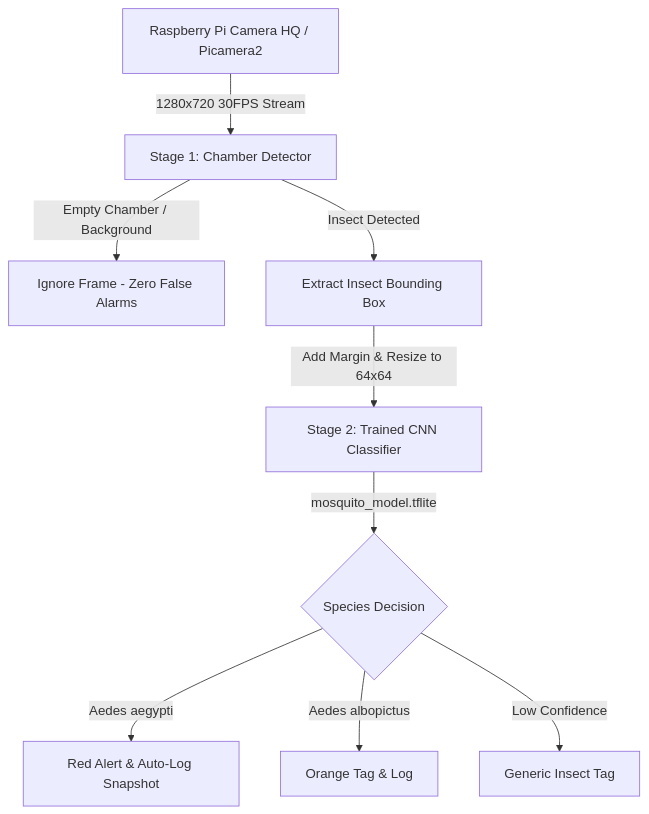
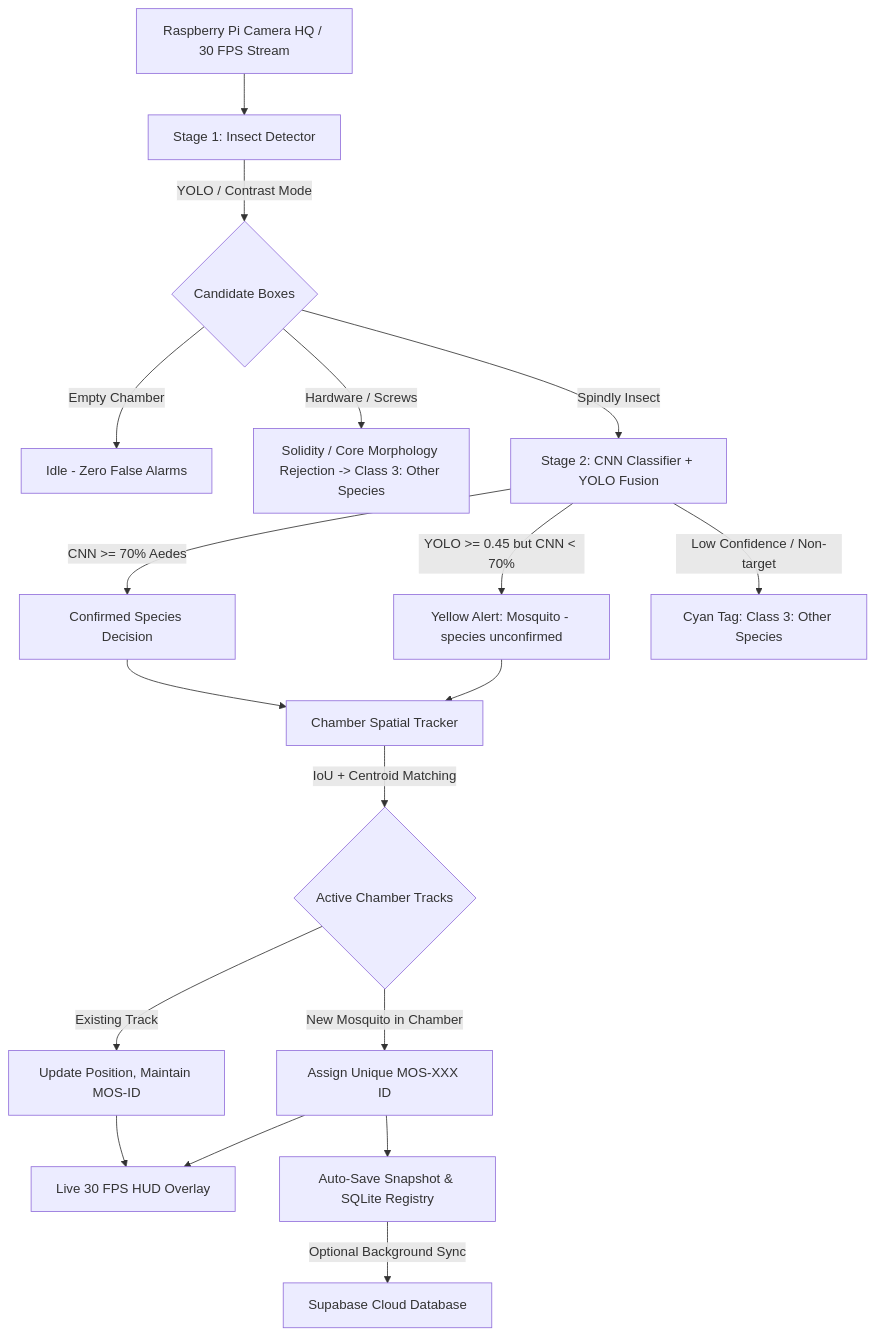
Before and after one commit to PryBomb/Chamber_Mosquito_Detector: the diagram in README.md, drawn with Mermaid. The commit also changed other lines of this file and 9 other files, not shown here.

````diff
--- a/README.md
+++ b/README.md
@@ -11,11 +11,20 @@
 ```mermaid
 graph TD
-    A[Raspberry Pi Camera HQ / Picamera2] -->|1280x720 30FPS Stream| B[Stage 1: Chamber Detector]
-    B -->|Empty Chamber / Background| C[Ignore Frame - Zero False Alarms]
-    B -->|Insect Detected| D[Extract Insect Bounding Box]
-    D -->|Add Margin & Resize to 64x64| E[Stage 2: Trained CNN Classifier]
-    E -->|mosquito_model.tflite| F{Species Decision}
-    F -->|Aedes aegypti| G[Red Alert & Auto-Log Snapshot]
-    F -->|Aedes albopictus| H[Orange Tag & Log]
-    F -->|Low Confidence| I[Generic Insect Tag]
+    A[Raspberry Pi Camera HQ / 30 FPS Stream] --> B[Stage 1: Insect Detector]
+    B -->|YOLO / Contrast Mode| C{Candidate Boxes}
+    C -->|Empty Chamber| D[Idle - Zero False Alarms]
+    C -->|Hardware / Screws| E[Solidity / Core Morphology Rejection -> Class 3: Other Species]
+    C -->|Spindly Insect| F[Stage 2: CNN Classifier + YOLO Fusion]
+    F -->|CNN >= 70% Aedes| G[Confirmed Species Decision]
+    F -->|YOLO >= 0.45 but CNN < 70%| H[Yellow Alert: Mosquito - species unconfirmed]
+    F -->|Low Confidence / Non-target| I[Cyan Tag: Class 3: Other Species]
+    G --> J[Chamber Spatial Tracker]
+    H --> J
+    J -->|IoU + Centroid Matching| K{Active Chamber Tracks}
+    K -->|Existing Track| L[Update Position, Maintain MOS-ID]
+    K -->|New Mosquito in Chamber| M[Assign Unique MOS-XXX ID]
+    L --> N[Live 30 FPS HUD Overlay]
+    M --> N
+    M --> O[Auto-Save Snapshot & SQLite Registry]
+    O -->|Optional Background Sync| P[Supabase Cloud Database]
 ```
````
